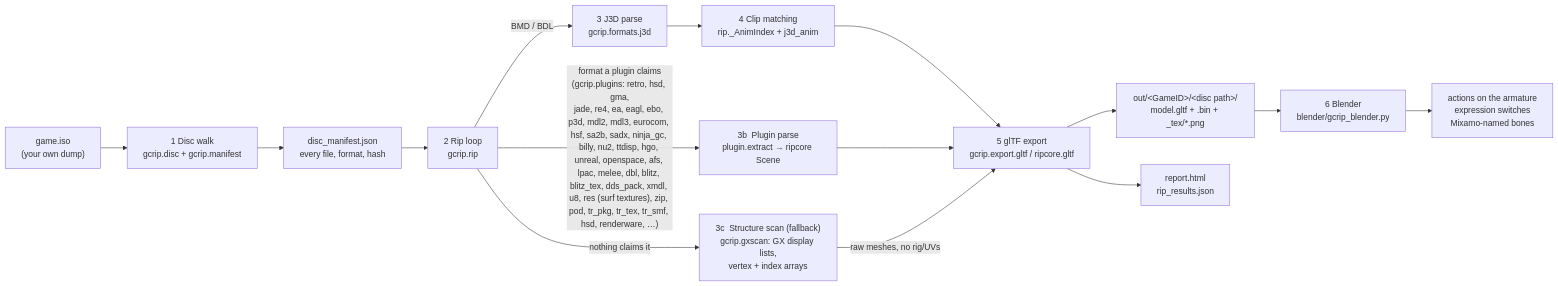
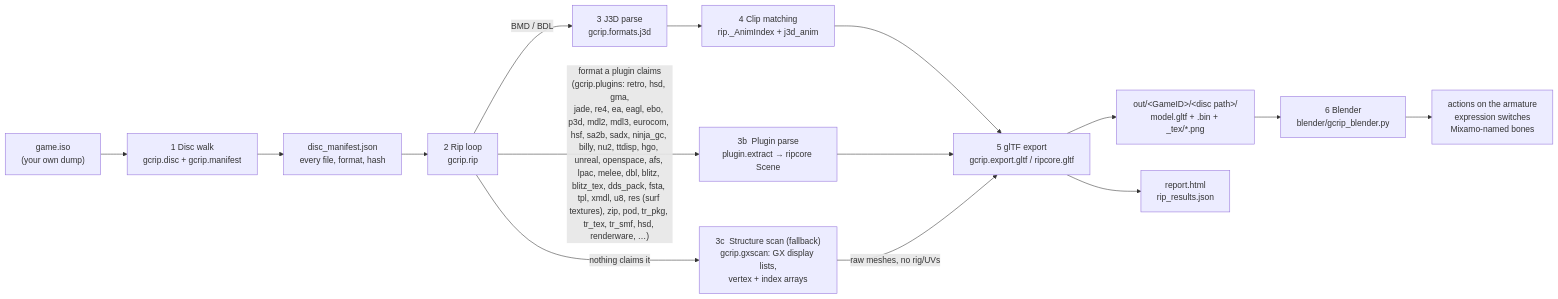
One commit to Felbs/3d-ripper-9000 changed the first of 9 diagrams in docs/PIPELINE.md. Above: the diagram before and after it, drawn with Mermaid. The commit also changed 7 other files, not shown here.

````diff
--- a/docs/PIPELINE.md
+++ b/docs/PIPELINE.md
@@ -11,17 +11,17 @@
 ```mermaid
 flowchart LR
     ISO["game.iso<br/>(your own dump)"] --> WALK["1  Disc walk<br/>gcrip.disc + gcrip.manifest"]
     WALK --> MAN["disc_manifest.json<br/>every file, format, hash"]
     MAN --> RIP["2  Rip loop<br/>gcrip.rip"]
     RIP -->|"BMD / BDL"| J3D["3  J3D parse<br/>gcrip.formats.j3d"]
-    RIP -->|"format a plugin claims<br/>(gcrip.plugins: retro, hsd, gma,<br/>jade, re4, ea, eagl, ebo, p3d, mdl2, mdl3, eurocom, hsf, sa2b, sadx, ninja_gc, billy, nu2, ttdisp, hgo, unreal, openspace, afs, lpac, melee, dbl, blitz, blitz_tex, dds_pack, xmdl, u8, res (surf textures), zip, pod, tr_pkg, tr_tex, tr_smf, hsd, renderware, …)"| PLUG["3b  Plugin parse<br/>plugin.extract → ripcore Scene"]
+    RIP -->|"format a plugin claims<br/>(gcrip.plugins: retro, hsd, gma,<br/>jade, re4, ea, eagl, ebo, p3d, mdl2, mdl3, eurocom, hsf, sa2b, sadx, ninja_gc, billy, nu2, ttdisp, hgo, unreal, openspace, afs, lpac, melee, dbl, blitz, blitz_tex, dds_pack, fsta, tpl, xmdl, u8, res (surf textures), zip, pod, tr_pkg, tr_tex, tr_smf, hsd, renderware, …)"| PLUG["3b  Plugin parse<br/>plugin.extract → ripcore Scene"]
     RIP -->|"nothing claims it"| GX["3c  Structure scan (fallback)<br/>gcrip.gxscan: GX display lists,<br/>vertex + index arrays"]
     J3D --> ANIM["4  Clip matching<br/>rip._AnimIndex + j3d_anim"]
     ANIM --> GLTF["5  glTF export<br/>gcrip.export.gltf / ripcore.gltf"]
     PLUG --> GLTF
     GX -->|"raw meshes, no rig/UVs"| GLTF
     GLTF --> OUT["out/&lt;GameID&gt;/&lt;disc path&gt;/<br/>model.gltf + .bin + _tex/*.png"]
     GLTF --> REP["report.html<br/>rip_results.json"]
     OUT --> BL["6  Blender<br/>blender/gcrip_blender.py"]
     BL --> PLAY["actions on the armature<br/>expression switches<br/>Mixamo-named bones"]
 ```
````
